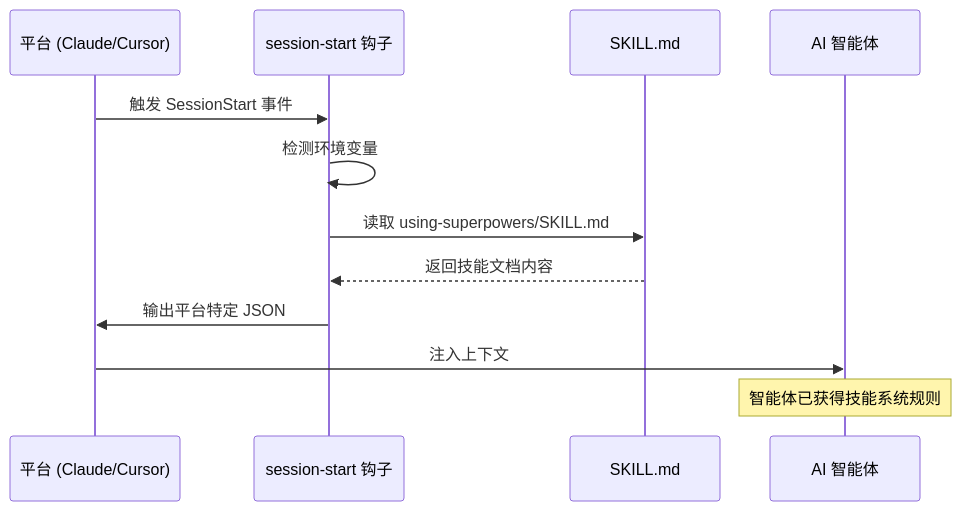
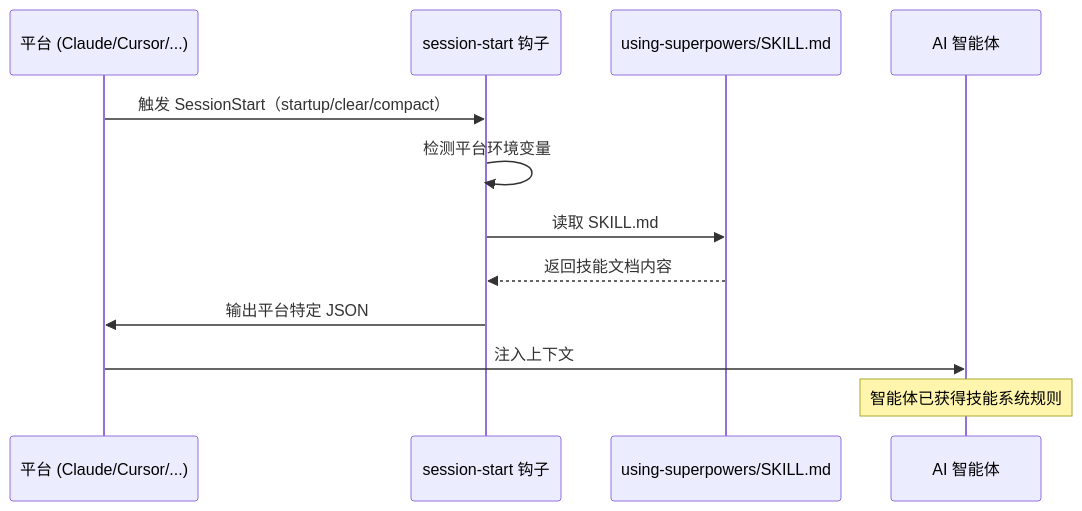
The first of 5 diagrams in docs/zh/02-architecture.md (yongnianliu/superpowers), drawn with Mermaid before and after one commit. The commit also changed other lines of this file and 12 other files, not shown here.

````diff
--- a/docs/zh/02-architecture.md
+++ b/docs/zh/02-architecture.md
@@ -40,15 +68,15 @@
 ```mermaid
 sequenceDiagram
-    participant P as 平台 (Claude/Cursor)
+    participant P as 平台 (Claude/Cursor/...)
     participant H as session-start 钩子
-    participant S as SKILL.md
+    participant S as using-superpowers/SKILL.md
     participant A as AI 智能体
 
-    P->>H: 触发 SessionStart 事件
-    H->>H: 检测环境变量
-    H->>S: 读取 using-superpowers/SKILL.md
+    P->>H: 触发 SessionStart（startup/clear/compact）
+    H->>H: 检测平台环境变量
+    H->>S: 读取 SKILL.md
     S-->>H: 返回技能文档内容
     H->>P: 输出平台特定 JSON
     P->>A: 注入上下文
     Note over A: 智能体已获得技能系统规则
 ```
````
